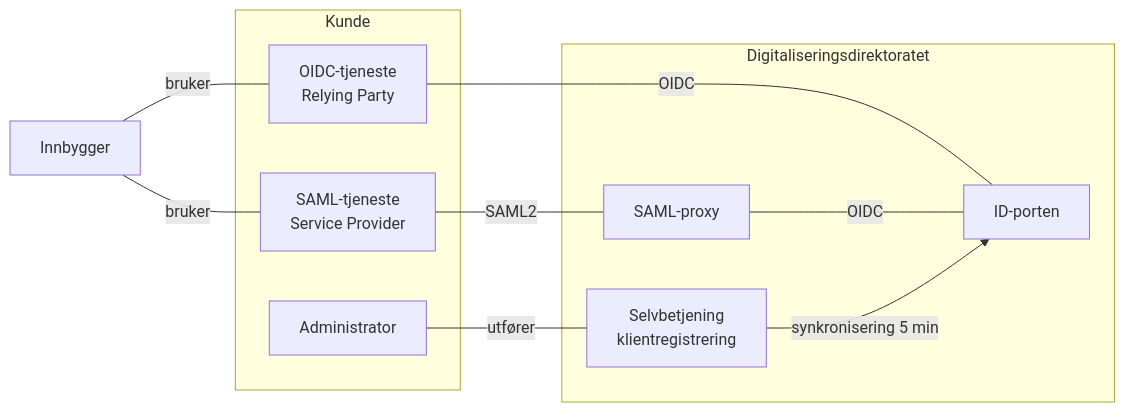
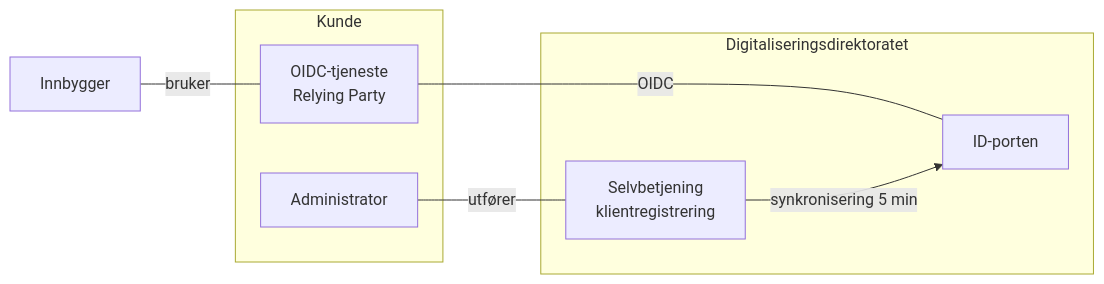
One commit to felleslosninger/docs changed the diagram in _docs/idporten/idporten/idporten_overordnet.md. Above: the diagram before and after it, drawn with Mermaid. The commit also changed other lines of this file, not shown here.

Commit message:
Update idporten_overordnet.md
fjerna referanse til saml

```diff
--- a/_docs/idporten/idporten/idporten_overordnet.md
+++ b/_docs/idporten/idporten/idporten_overordnet.md
@@ -29,21 +29,16 @@
 <div class="mermaid">
 graph LR
   subgraph Digitaliseringsdirektoratet
     IDP[ID-porten]
-    SAML[SAML-proxy]
     SADM[Selvbetjening <br/>klientregistrering]
   end
   subgraph Kunde
-     SP[SAML-tjeneste <br/>Service Provider]
      RP[OIDC-tjeneste <br/>Relying Party]
      ADM[Administrator]
   end
   RP---|OIDC|IDP
-  SP-- SAML2 ---SAML
-  SAML-- OIDC ---IDP
   ADM-- utfører ---SADM
   SADM-- synkronisering 5 min -->IDP
 
-  Innbygger-- bruker ---SP
   Innbygger-- bruker ---RP
 </div>
```
